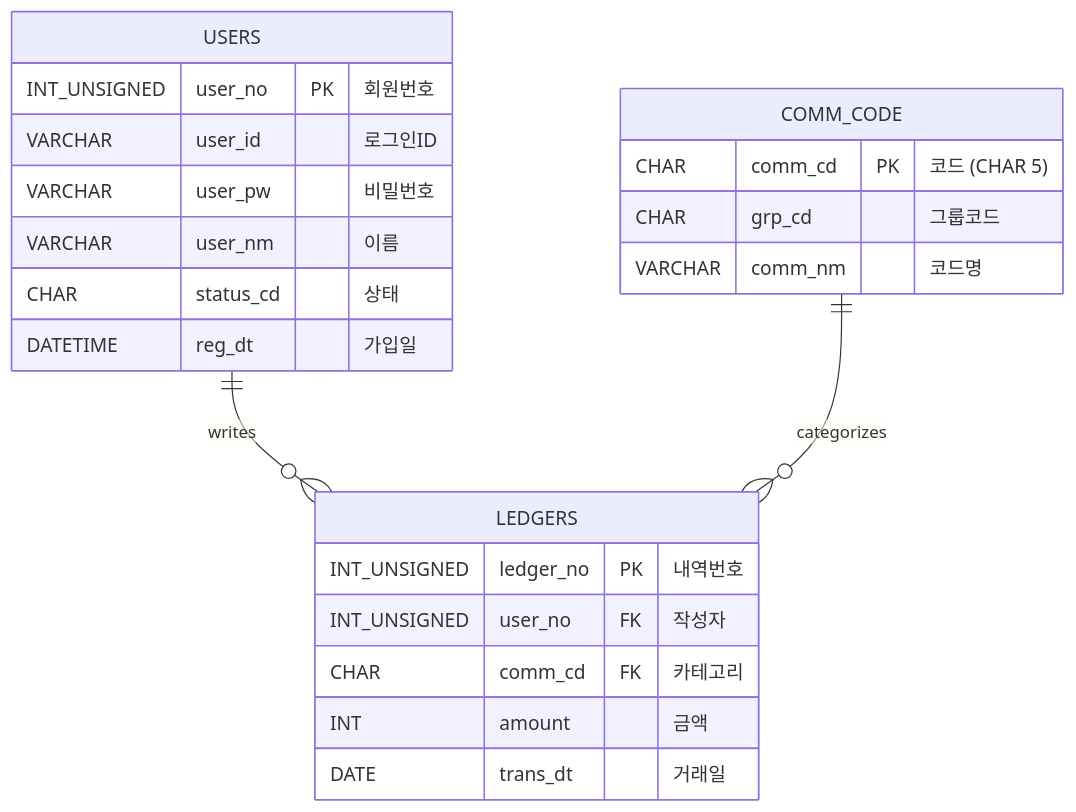
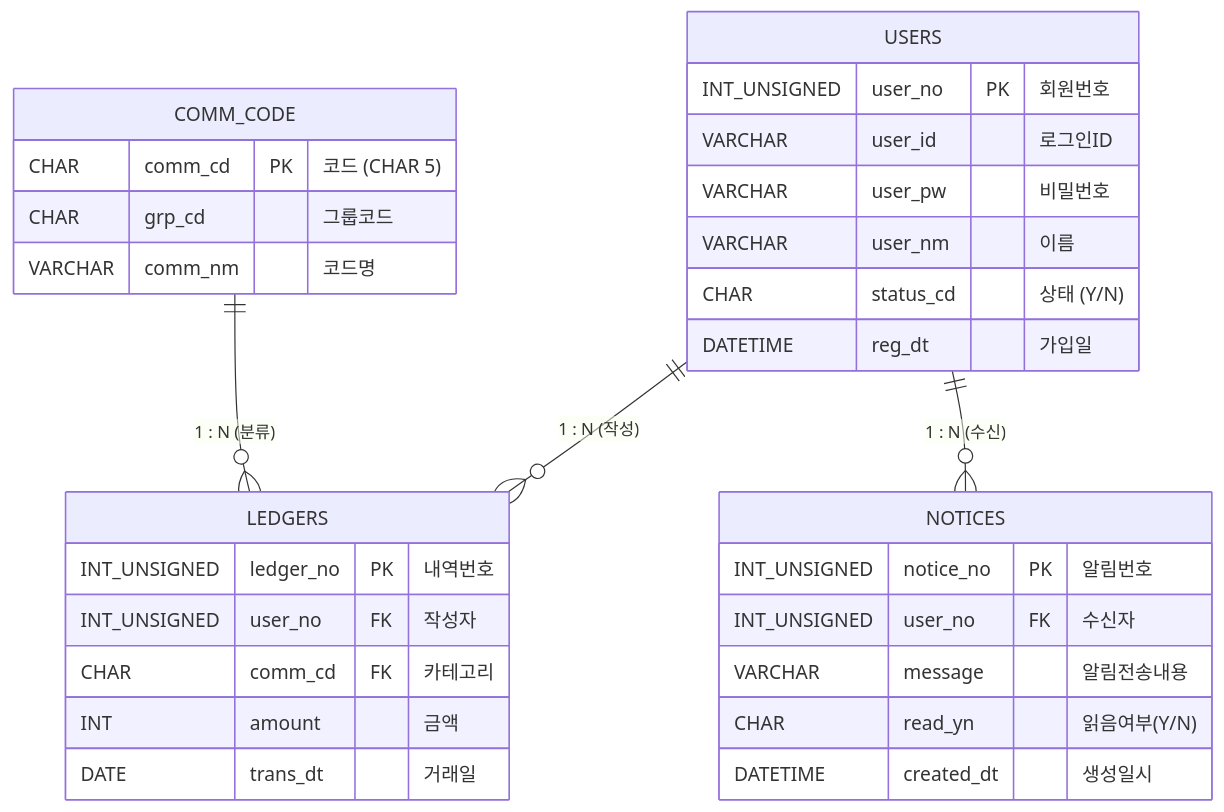
The second of 2 diagrams in README.md (wjdqudwls/team2), drawn with Mermaid before and after one commit. The commit also changed other lines of this file, not shown here.

````diff
--- a/README.md
+++ b/README.md
@@ -107,26 +113,38 @@
 ```mermaid
 erDiagram
     USERS {
         INT_UNSIGNED user_no PK "회원번호"
         VARCHAR user_id "로그인ID"
         VARCHAR user_pw "비밀번호"
         VARCHAR user_nm "이름"
-        CHAR status_cd "상태"
+        CHAR status_cd "상태 (Y/N)"
         DATETIME reg_dt "가입일"
     }
+    
     COMM_CODE {
         CHAR comm_cd PK "코드 (CHAR 5)"
         CHAR grp_cd "그룹코드"
         VARCHAR comm_nm "코드명"
     }
+    
     LEDGERS {
         INT_UNSIGNED ledger_no PK "내역번호"
         INT_UNSIGNED user_no FK "작성자"
         CHAR comm_cd FK "카테고리"
         INT amount "금액"
         DATE trans_dt "거래일"
     }
 
-    USERS ||--o{ LEDGERS : writes
-    COMM_CODE ||--o{ LEDGERS : categorizes
+    NOTICES {
+        INT_UNSIGNED notice_no PK "알림번호"
+        INT_UNSIGNED user_no FK "수신자"
+        VARCHAR message "알림전송내용"
+        CHAR read_yn "읽음여부(Y/N)"
+        DATETIME created_dt "생성일시"
+    }
+
+    %% 관계 설정 (1 : N)
+    USERS ||--o{ LEDGERS : "1 : N (작성)"
+    COMM_CODE ||--o{ LEDGERS : "1 : N (분류)"
+    USERS ||--o{ NOTICES : "1 : N (수신)"
 ```
````
